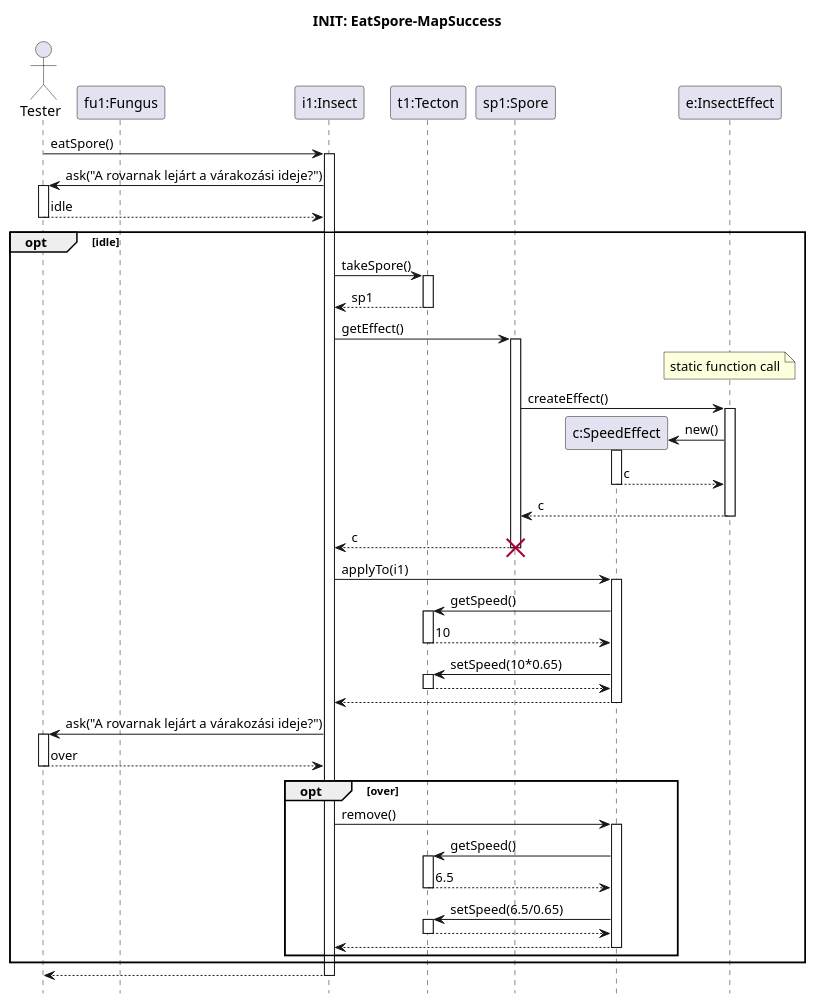
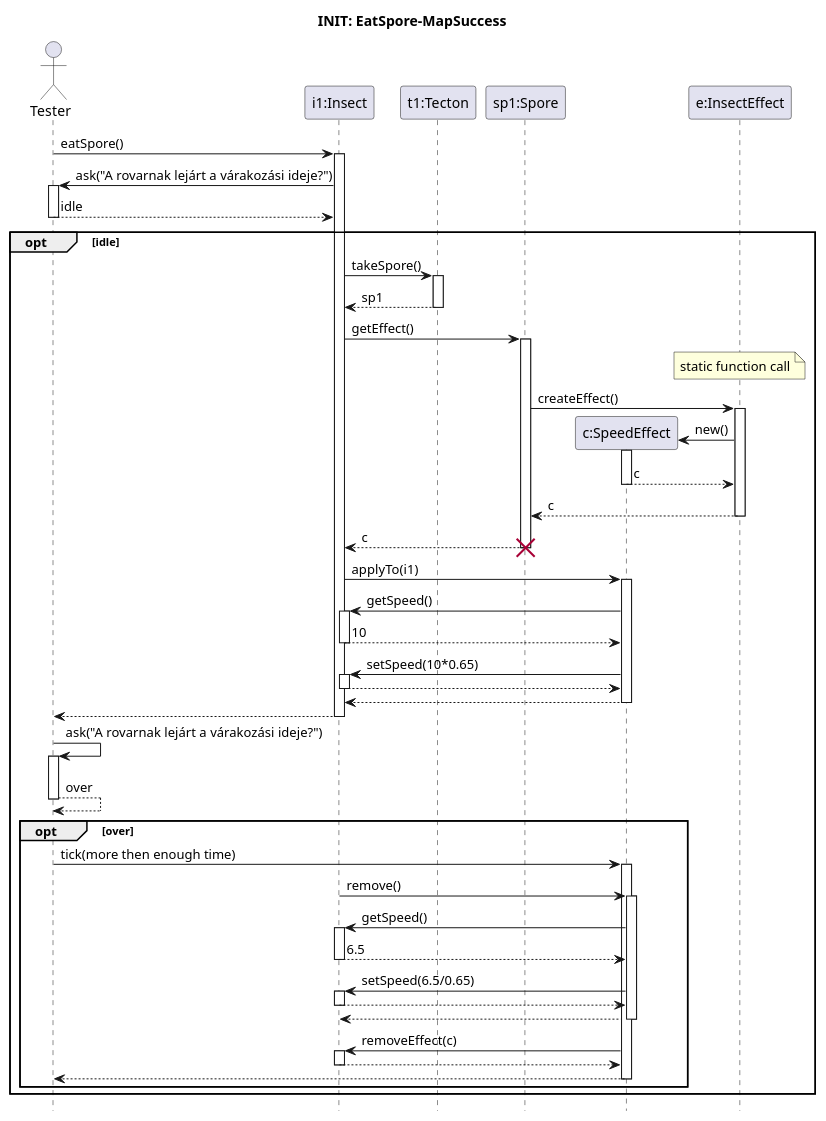
Before and after one commit to ZD4ve/projlab-error521: the diagram in Skeleton/Eat-spore/get-speedeffect.pu, drawn with PlantUML. The commit also changed 2 other files, not shown here.

Commit message:
fixed eat-spore diagrams

```diff
--- a/Skeleton/Eat-spore/get-speedeffect.pu
+++ b/Skeleton/Eat-spore/get-speedeffect.pu
@@ -1,80 +1,88 @@
 @startuml Eat-spore/get-get-speedeffect
 hide footbox
 
 title INIT: EatSpore-MapSuccess
 
 actor Tester as S
 
-participant "fu1:Fungus" as fu1
 participant "i1:Insect" as i1
 participant "t1:Tecton" as t1
 participant "sp1:Spore" as sp1
 participant "c:SpeedEffect" as c
 participant "e:InsectEffect" as e
 
 S -> i1 : eatSpore()
 activate i1
 
 S <- i1 : ask("A rovarnak lejárt a várakozási ideje?")
 activate S
 return idle
 
 opt idle
     i1 -> t1 : takeSpore()
     activate t1
 
     return sp1
 
     i1 -> sp1 : getEffect()
     note over e : static function call
     activate sp1
 
     sp1 -> e : createEffect()
     
     activate e
     
     create c
     e -> c : new()
     activate c
 
     return c
 
     return c
     return c
     destroy sp1
 
     i1 -> c : applyTo(i1)
     activate c
-    c -> t1 : getSpeed()
-    activate t1
+    c -> i1 : getSpeed()
+    activate i1
     return 10
 
-    c -> t1 : setSpeed(10*0.65)
-    activate t1
+    c -> i1 : setSpeed(10*0.65)
+    activate i1
+    return
+
     return
 
     return
     
-    i1 -> S : ask("A rovarnak lejárt a várakozási ideje?")
+    S -> S : ask("A rovarnak lejárt a várakozási ideje?")
     activate S
     return over
 
     opt over
+        S -> c : tick(more then enough time)
+        activate c
+
         i1 -> c : remove()
         activate c
 
-        c -> t1 : getSpeed()
-        activate t1
+        c -> i1 : getSpeed()
+        activate i1
         return 6.5
 
-        c -> t1 : setSpeed(6.5/0.65)
-        activate t1
+        c -> i1 : setSpeed(6.5/0.65)
+        activate i1
+        return
+
+        return
+
+        c -> i1 : removeEffect(c)
+        activate i1
         return
 
         return    
     end
 end
 
-return
-
 @enduml
```
